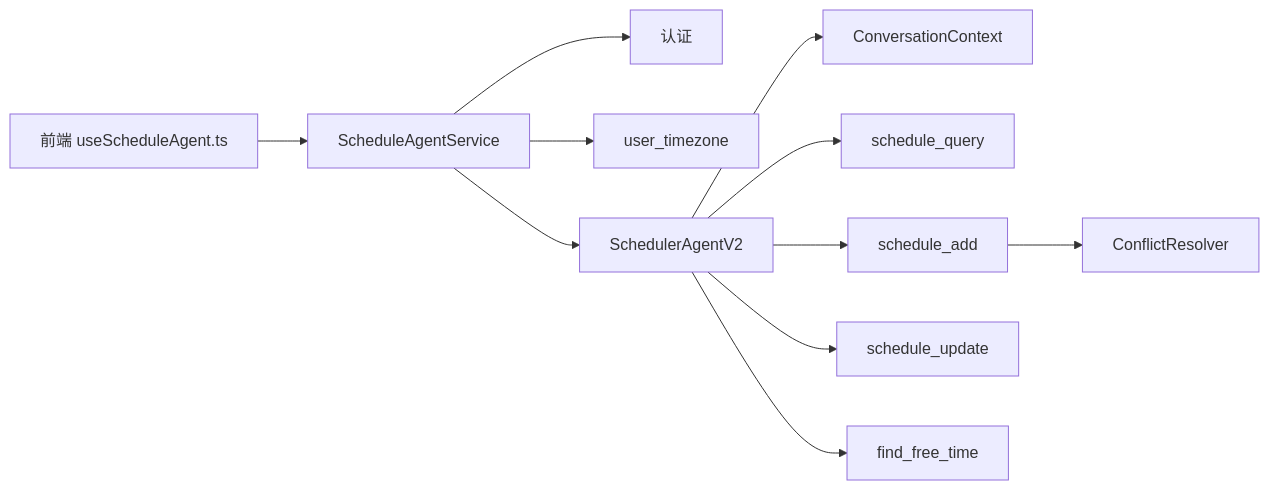
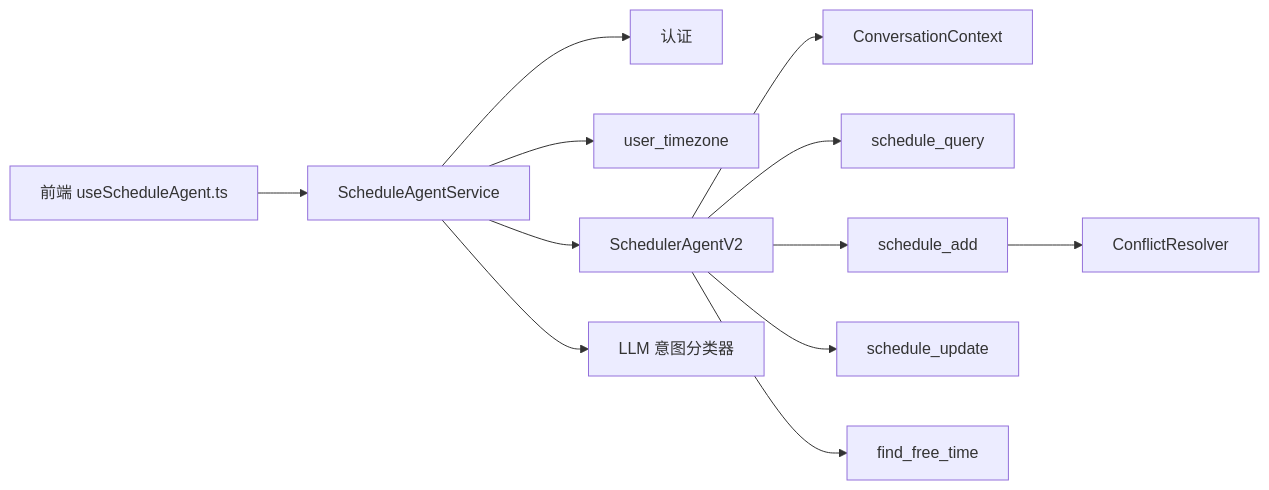
The fifth of 5 diagrams in .qoder/repowiki/zh/content/API 接口文档/服务接口规范/AI 服务 API/日程代理 API.md (hrygo/memos), drawn with Mermaid before and after one commit. The commit also changed other lines of this file and 29 other files, not shown here.

````diff
--- a/.qoder/repowiki/zh/content/API 接口文档/服务接口规范/AI 服务 API/日程代理 API.md
+++ b/.qoder/repowiki/zh/content/API 接口文档/服务接口规范/AI 服务 API/日程代理 API.md
@@ -266,13 +358,14 @@
 ```mermaid
 graph LR
 SVC["ScheduleAgentService"] --> AUTH["认证"]
 SVC --> TZ["user_timezone"]
 SVC --> AG["SchedulerAgentV2"]
+SVC --> INTENT["LLM 意图分类器"]
 AG --> CTX["ConversationContext"]
 AG --> TQ["schedule_query"]
 AG --> TA["schedule_add"]
 AG --> TU["schedule_update"]
 AG --> TF["find_free_time"]
 TA --> CR["ConflictResolver"]
 FE["前端 useScheduleAgent.ts"] --> SVC
 ```
````
